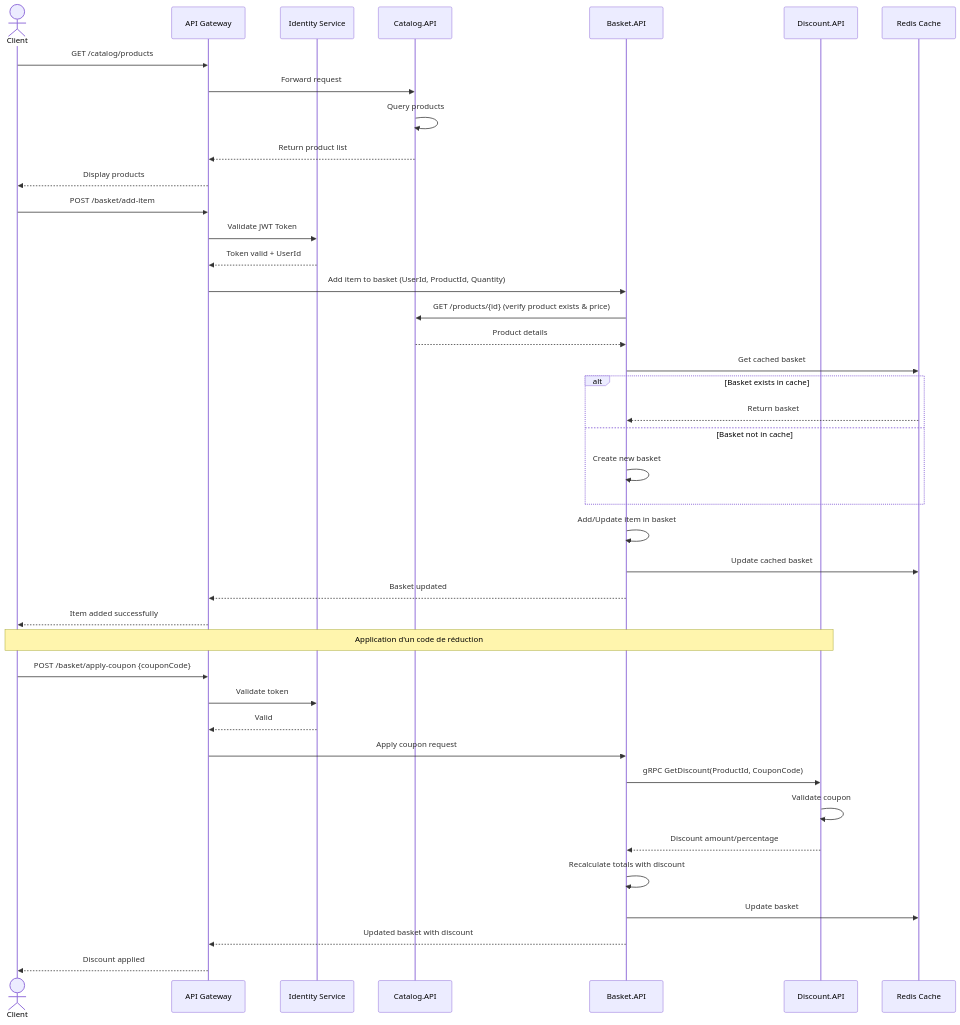
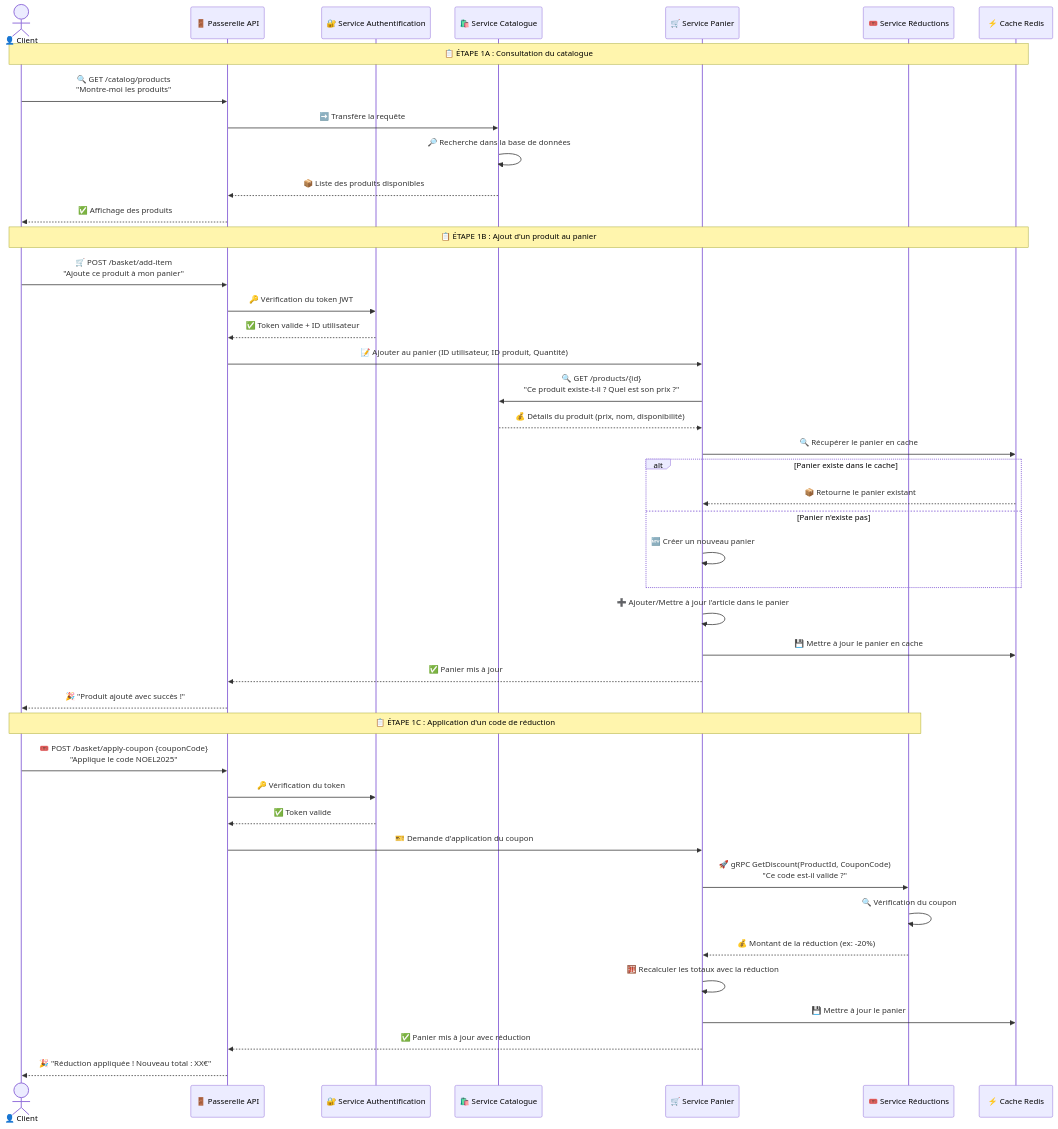
The first of 3 diagrams in uml-diagrams/03-sequence-diagram.md (thomasperge/tp_kake), drawn with Mermaid before and after one commit. The commit also changed other lines of this file, not shown here.

Commit message:
Enhance sequence diagram for order processing with detailed steps and improved visual elements. Updated titles, added emojis for clarity, and refined descriptions for each stage of the order journey, including catalog consultation, cart addition, checkout, and notifications.

````diff
--- a/uml-diagrams/03-sequence-diagram.md
+++ b/uml-diagrams/03-sequence-diagram.md
@@ -7,52 +7,56 @@
 ```mermaid
 sequenceDiagram
-    actor Client
-    participant Gateway as API Gateway
-    participant Auth as Identity Service
-    participant Catalog as Catalog.API
-    participant Basket as Basket.API
-    participant Discount as Discount.API
-    participant Redis as Redis Cache
+    actor Client as 👤 Client
+    participant Gateway as 🚪 Passerelle API
+    participant Auth as 🔐 Service Authentification
+    participant Catalog as 🛍️ Service Catalogue
+    participant Basket as 🛒 Service Panier
+    participant Discount as 🎟️ Service Réductions
+    participant Redis as ⚡ Cache Redis
     
-    Client->>Gateway: GET /catalog/products
-    Gateway->>Catalog: Forward request
-    Catalog->>Catalog: Query products
-    Catalog-->>Gateway: Return product list
-    Gateway-->>Client: Display products
+    Note over Client,Redis: 📋 ÉTAPE 1A : Consultation du catalogue
     
-    Client->>Gateway: POST /basket/add-item
-    Gateway->>Auth: Validate JWT Token
-    Auth-->>Gateway: Token valid + UserId
+    Client->>Gateway: 🔍 GET /catalog/products<br/>"Montre-moi les produits"
+    Gateway->>Catalog: ➡️ Transfère la requête
+    Catalog->>Catalog: 🔎 Recherche dans la base de données
+    Catalog-->>Gateway: 📦 Liste des produits disponibles
+    Gateway-->>Client: ✅ Affichage des produits
     
-    Gateway->>Basket: Add item to basket (UserId, ProductId, Quantity)
-    Basket->>Catalog: GET /products/{id} (verify product exists & price)
-    Catalog-->>Basket: Product details
+    Note over Client,Redis: 📋 ÉTAPE 1B : Ajout d'un produit au panier
     
-    Basket->>Redis: Get cached basket
-    alt Basket exists in cache
-        Redis-->>Basket: Return basket
-    else Basket not in cache
-        Basket->>Basket: Create new basket
+    Client->>Gateway: 🛒 POST /basket/add-item<br/>"Ajoute ce produit à mon panier"
+    Gateway->>Auth: 🔑 Vérification du token JWT
+    Auth-->>Gateway: ✅ Token valide + ID utilisateur
+    
+    Gateway->>Basket: 📝 Ajouter au panier (ID utilisateur, ID produit, Quantité)
+    Basket->>Catalog: 🔍 GET /products/{id}<br/>"Ce produit existe-t-il ? Quel est son prix ?"
+    Catalog-->>Basket: 💰 Détails du produit (prix, nom, disponibilité)
+    
+    Basket->>Redis: 🔍 Récupérer le panier en cache
+    alt Panier existe dans le cache
+        Redis-->>Basket: 📦 Retourne le panier existant
+    else Panier n'existe pas
+        Basket->>Basket: 🆕 Créer un nouveau panier
     end
     
-    Basket->>Basket: Add/Update item in basket
-    Basket->>Redis: Update cached basket
-    Basket-->>Gateway: Basket updated
-    Gateway-->>Client: Item added successfully
+    Basket->>Basket: ➕ Ajouter/Mettre à jour l'article dans le panier
+    Basket->>Redis: 💾 Mettre à jour le panier en cache
+    Basket-->>Gateway: ✅ Panier mis à jour
+    Gateway-->>Client: 🎉 "Produit ajouté avec succès !"
     
-    Note over Client,Discount: Application d'un code de réduction
+    Note over Client,Discount: 📋 ÉTAPE 1C : Application d'un code de réduction
     
-    Client->>Gateway: POST /basket/apply-coupon {couponCode}
-    Gateway->>Auth: Validate token
-    Auth-->>Gateway: Valid
+    Client->>Gateway: 🎟️ POST /basket/apply-coupon {couponCode}<br/>"Applique le code NOEL2025"
+    Gateway->>Auth: 🔑 Vérification du token
+    Auth-->>Gateway: ✅ Token valide
     
-    Gateway->>Basket: Apply coupon request
-    Basket->>Discount: gRPC GetDiscount(ProductId, CouponCode)
-    Discount->>Discount: Validate coupon
-    Discount-->>Basket: Discount amount/percentage
+    Gateway->>Basket: 🎫 Demande d'application du coupon
+    Basket->>Discount: 🚀 gRPC GetDiscount(ProductId, CouponCode)<br/>"Ce code est-il valide ?"
+    Discount->>Discount: 🔍 Vérification du coupon
+    Discount-->>Basket: 💰 Montant de la réduction (ex: -20%)
     
-    Basket->>Basket: Recalculate totals with discount
-    Basket->>Redis: Update basket
-    Basket-->>Gateway: Updated basket with discount
-    Gateway-->>Client: Discount applied
+    Basket->>Basket: 🧮 Recalculer les totaux avec la réduction
+    Basket->>Redis: 💾 Mettre à jour le panier
+    Basket-->>Gateway: ✅ Panier mis à jour avec réduction
+    Gateway-->>Client: 🎉 "Réduction appliquée ! Nouveau total : XX€"
 ```
````
